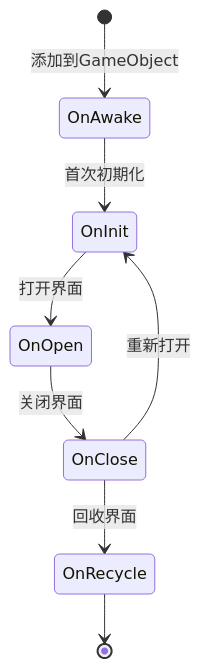
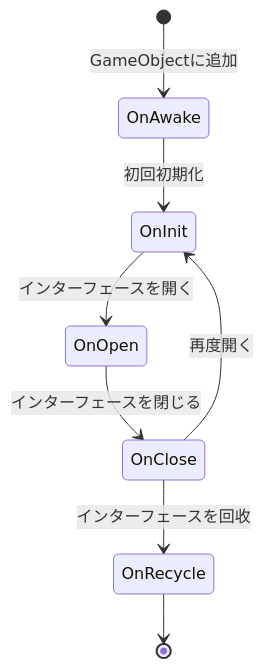
One commit to AlianBlank/GameFrameX.Docs changed the third of 3 diagrams in docs/ja/client/unity/component/ui-fairygui/03.getting-started.md. Above: the diagram before and after it, drawn with Mermaid. The commit also changed other lines of this file and 320 other files, not shown here.

````diff
--- a/docs/ja/client/unity/component/ui-fairygui/03.getting-started.md
+++ b/docs/ja/client/unity/component/ui-fairygui/03.getting-started.md
@@ -239,10 +239,10 @@
 ```mermaid
 stateDiagram-v2
-    [*] --> OnAwake: 添加到GameObject
-    OnAwake --> OnInit: 首次初期化
-    OnInit --> OnOpen: 打开界面
-    OnOpen --> OnClose: 关闭界面
-    OnClose --> OnInit: 重新打开
-    OnClose --> OnRecycle: 回收界面
+    [*] --> OnAwake: GameObjectに追加
+    OnAwake --> OnInit: 初回初期化
+    OnInit --> OnOpen: インターフェースを開く
+    OnOpen --> OnClose: インターフェースを閉じる
+    OnClose --> OnInit: 再度開く
+    OnClose --> OnRecycle: インターフェースを回收
     OnRecycle --> [*]
 ```
````
